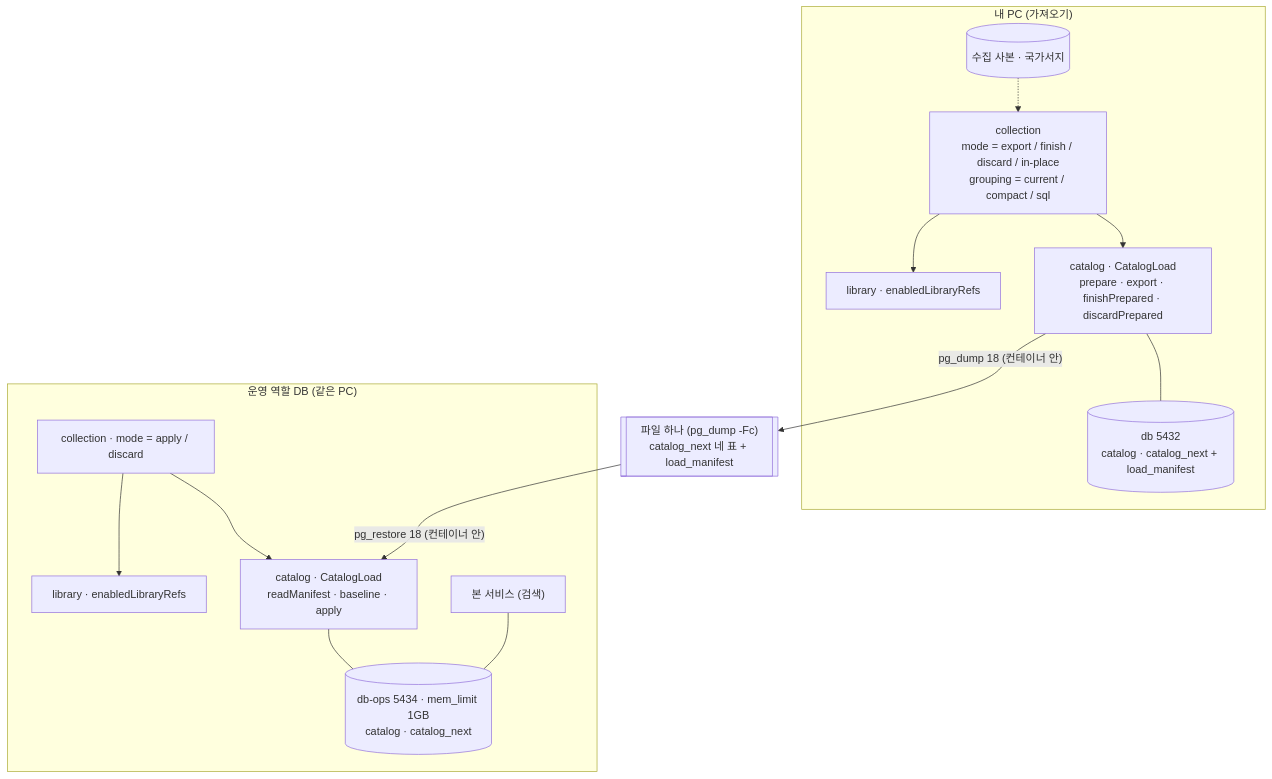
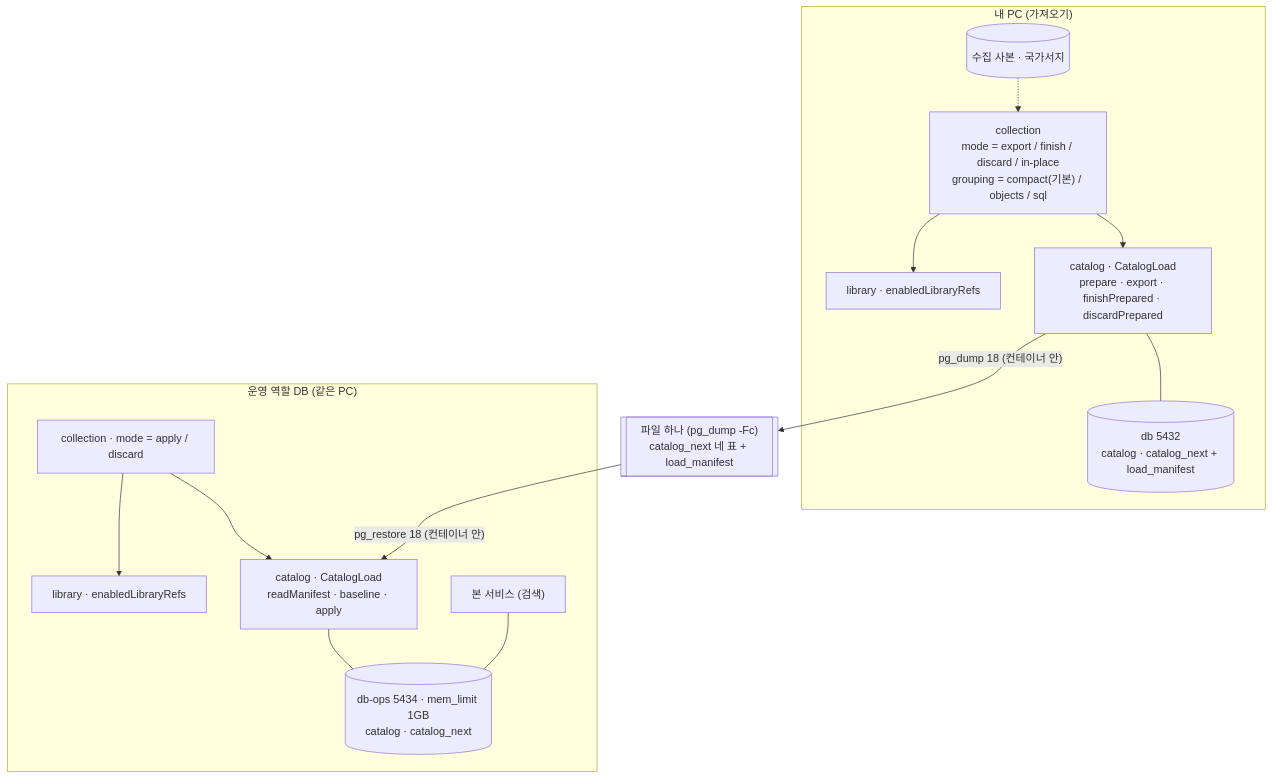
One commit to hodu-sketch/chaekcheck-plan changed the second of 11 diagrams in docs/current/module-map.md. Above: the diagram before and after it, drawn with Mermaid. The commit also changed other lines of this file and 8 other files, not shown here.

````diff
--- a/docs/current/module-map.md
+++ b/docs/current/module-map.md
@@ -145,28 +150,28 @@
 ```mermaid
 flowchart TB
   subgraph pc["내 PC (가져오기)"]
     snap[("수집 사본 · 국가서지")]
-    colA["collection<br/>mode = export / finish / discard / in-place<br/>grouping = current / compact / sql"]
+    colA["collection<br/>mode = export / finish / discard / in-place<br/>grouping = compact(기본) / objects / sql"]
     catA["catalog · CatalogLoad<br/>prepare · export · finishPrepared · discardPrepared"]
     libA["library · enabledLibraryRefs"]
     dbA[("db 5432<br/>catalog · catalog_next + load_manifest")]
     snap -.-> colA
     colA --> catA
     colA --> libA
     catA --- dbA
   end
   file[["파일 하나 (pg_dump -Fc)<br/>catalog_next 네 표 + load_manifest"]]
   catA -->|"pg_dump 18 (컨테이너 안)"| file
   subgraph ops["운영 역할 DB (같은 PC)"]
     colB["collection · mode = apply / discard"]
     catB["catalog · CatalogLoad<br/>readManifest · baseline · apply"]
     libB["library · enabledLibraryRefs"]
     dbB[("db-ops 5434 · mem_limit 1GB<br/>catalog · catalog_next")]
     svc["본 서비스 (검색)"]
     colB --> catB
     colB --> libB
     catB --- dbB
     svc --- dbB
   end
   file -->|"pg_restore 18 (컨테이너 안)"| catB
 ```
````
